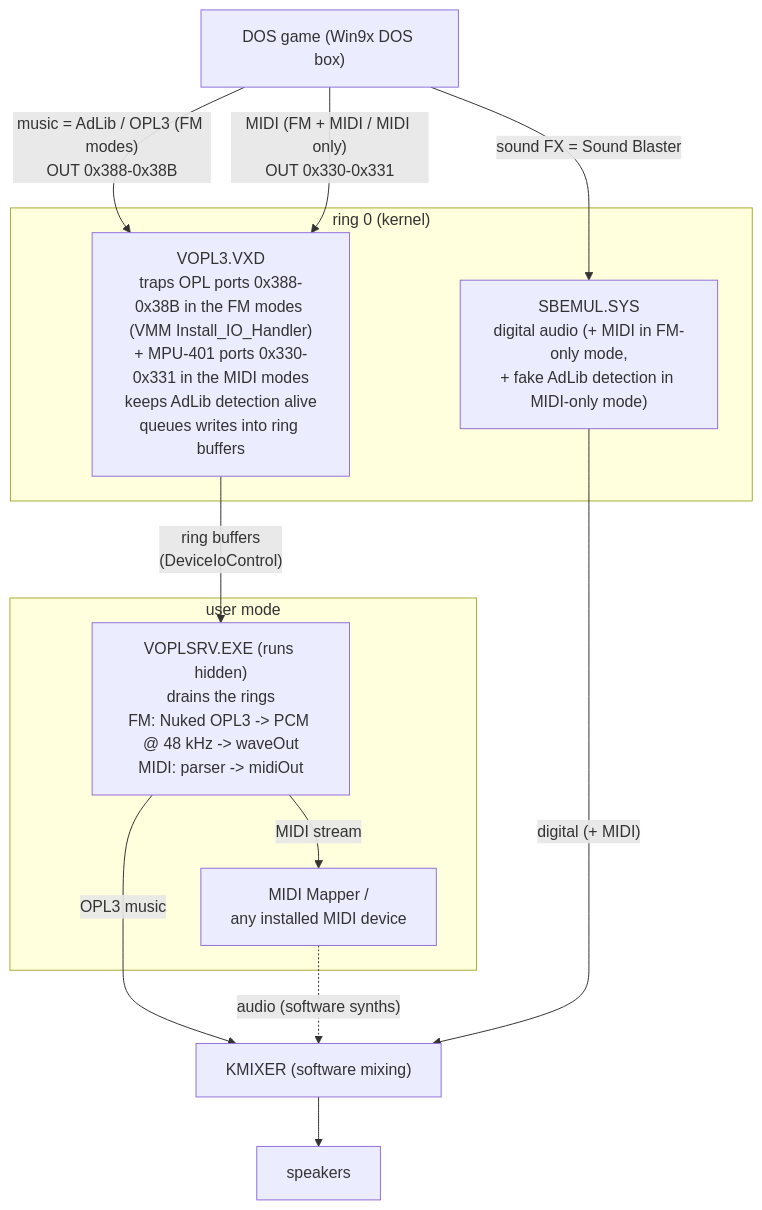
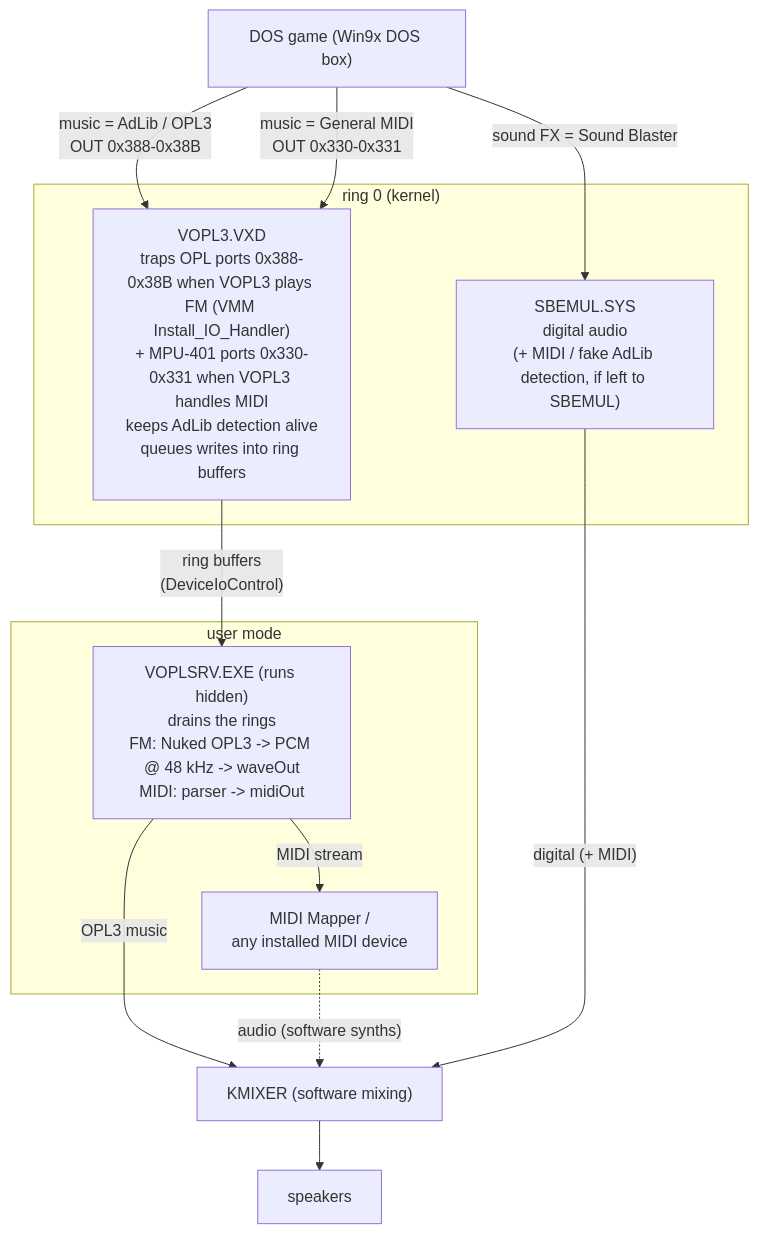
Before and after one commit to sdz-mods/VOPL3: the diagram in README.md, drawn with Mermaid. The commit also changed other lines of this file and 11 other files, not shown here.

Commit message:
renderer, installer: ask separately who handles the FM and MIDI ports; add FM "left free" (SBEMUL steered away, VOPL3 doesn't trap)

````diff
--- a/README.md
+++ b/README.md
@@ -46,24 +48,24 @@
 ```mermaid
 flowchart TD
     G["DOS game (Win9x DOS box)"]
 
     subgraph k["ring 0 (kernel)"]
-        VXD["VOPL3.VXD<br/>traps OPL ports 0x388-0x38B in the FM modes (VMM Install_IO_Handler)<br/>+ MPU-401 ports 0x330-0x331 in the MIDI modes<br/>keeps AdLib detection alive<br/>queues writes into ring buffers"]
-        SB["SBEMUL.SYS<br/>digital audio (+ MIDI in FM-only mode,<br/>+ fake AdLib detection in MIDI-only mode)"]
+        VXD["VOPL3.VXD<br/>traps OPL ports 0x388-0x38B when VOPL3 plays FM (VMM Install_IO_Handler)<br/>+ MPU-401 ports 0x330-0x331 when VOPL3 handles MIDI<br/>keeps AdLib detection alive<br/>queues writes into ring buffers"]
+        SB["SBEMUL.SYS<br/>digital audio<br/>(+ MIDI / fake AdLib detection, if left to SBEMUL)"]
     end
 
     subgraph u["user mode"]
         SRV["VOPLSRV.EXE (runs hidden)<br/>drains the rings<br/>FM: Nuked OPL3 -> PCM @ 48 kHz -> waveOut<br/>MIDI: parser -> midiOut"]
         SYN["MIDI Mapper /<br/>any installed MIDI device"]
     end
 
-    G -- "music = AdLib / OPL3 (FM modes)<br/>OUT 0x388-0x38B" --> VXD
-    G -- "MIDI (FM + MIDI / MIDI only)<br/>OUT 0x330-0x331" --> VXD
+    G -- "music = AdLib / OPL3<br/>OUT 0x388-0x38B" --> VXD
+    G -- "music = General MIDI<br/>OUT 0x330-0x331" --> VXD
     G -- "sound FX = Sound Blaster" --> SB
     VXD -- "ring buffers<br/>(DeviceIoControl)" --> SRV
     SRV -- "OPL3 music" --> KMIX["KMIXER (software mixing)"]
     SRV -- "MIDI stream" --> SYN
     SYN -. "audio (software synths)" .-> KMIX
     SB -- "digital (+ MIDI)" --> KMIX
     KMIX --> SPK["speakers"]
 ```
````
